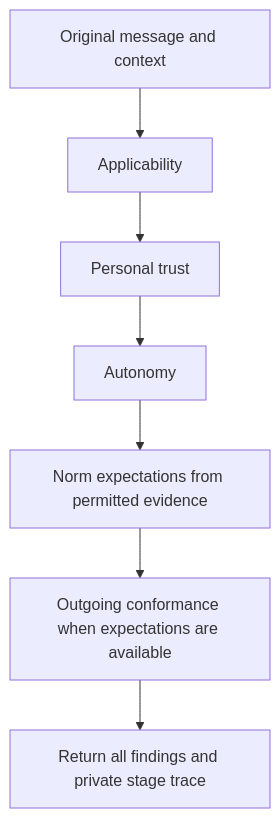
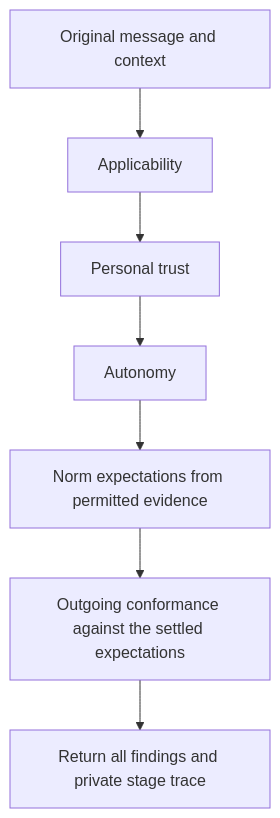
One commit to chughtapan/moltzap changed the first of 2 diagrams in docs/modules/client/firewall.mdx. Above: the diagram before and after it, drawn with Mermaid. The commit also changed other lines of this file and 41 other files, not shown here.

````diff
--- a/docs/modules/client/firewall.mdx
+++ b/docs/modules/client/firewall.mdx
@@ -299,9 +296,9 @@
 ```mermaid
 flowchart TD
   I[Original message and context] --> A[Applicability]
   A --> S[Personal trust]
   S --> U[Autonomy]
   U --> N[Norm expectations from permitted evidence]
-  N --> C[Outgoing conformance when expectations are available]
+  N --> C[Outgoing conformance against the settled expectations]
   C --> R[Return all findings and private stage trace]
 ```
````
